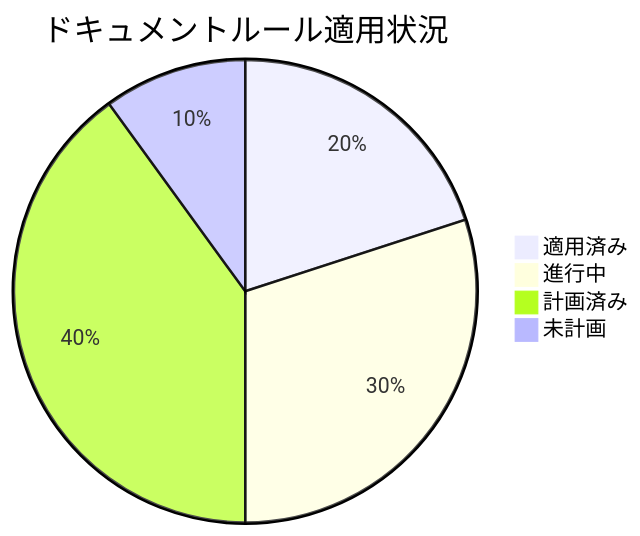
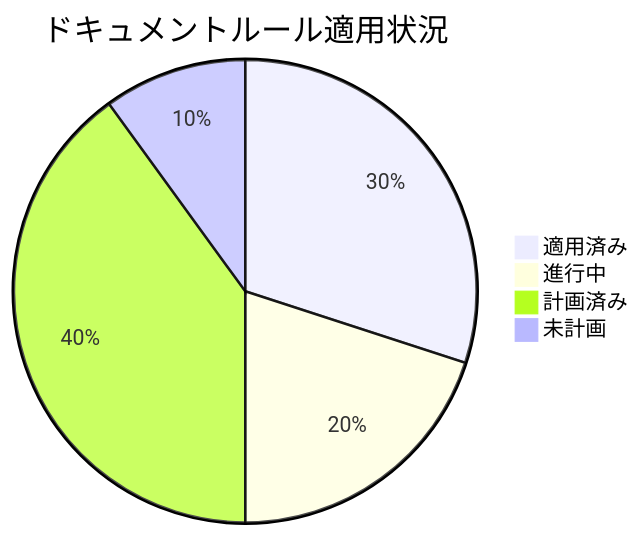
Before and after one commit to ToyB0x/git-resume: the first of 2 diagrams in docs/PROGRESS.md, drawn with Mermaid. The commit also changed other lines of this file and 1 other file, not shown here.

````diff
--- a/docs/PROGRESS.md
+++ b/docs/PROGRESS.md
@@ -19,7 +19,7 @@
 ```mermaid
 pie title ドキュメントルール適用状況
-    "適用済み" : 20
-    "進行中" : 30
+    "適用済み" : 30
+    "進行中" : 20
     "計画済み" : 40
     "未計画" : 10
 ```
````
